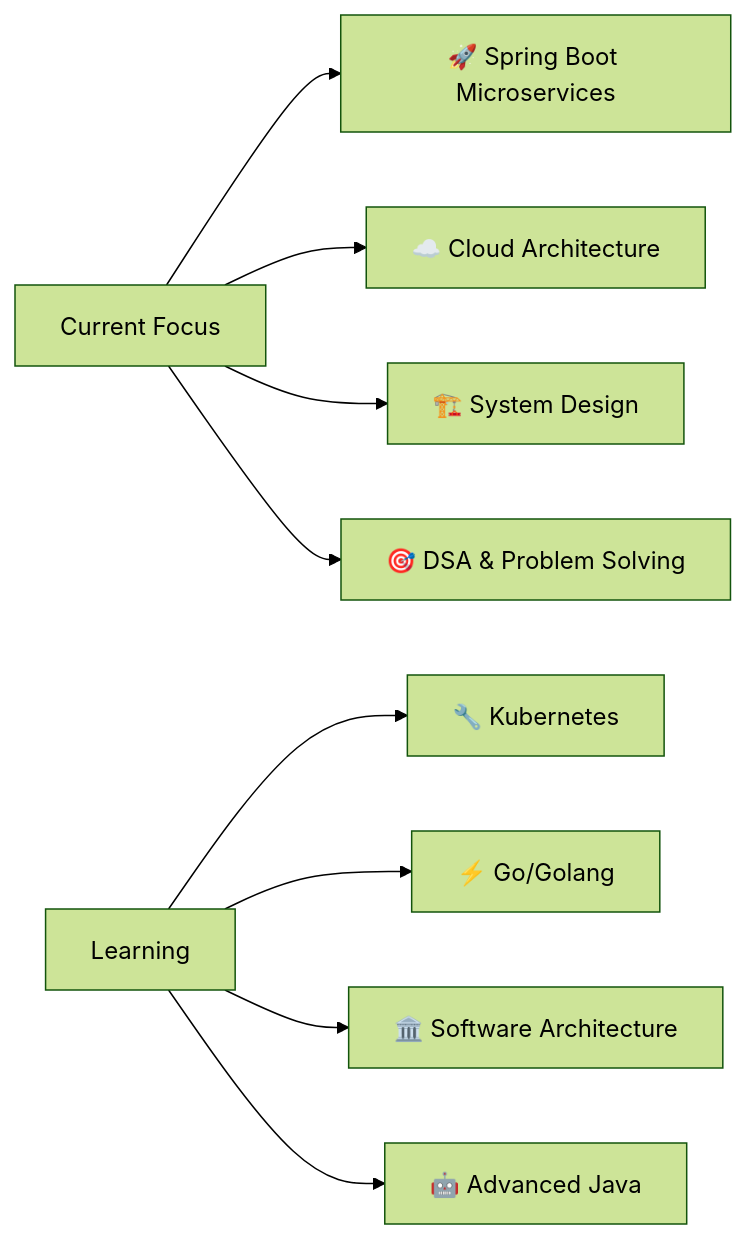
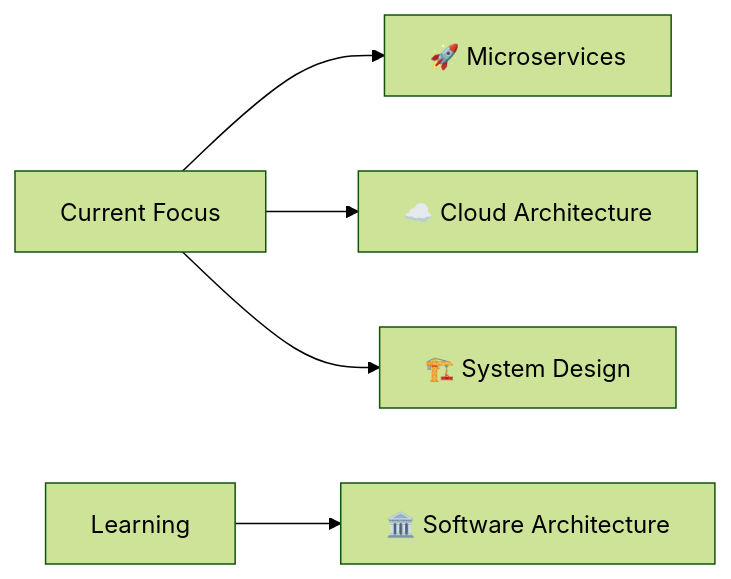
Before and after one commit to AlNomanCSE/AlNomanCSE: the diagram in README.md, drawn with Mermaid (forest theme). The commit also changed other lines of this file, not shown here.

Commit message:
Update current focus and LeetCode profile link

````diff
--- a/README.md
+++ b/README.md
@@ -187,12 +187,8 @@
 ```mermaid
 graph LR
-    A[Current Focus] --> B[🚀 Spring Boot Microservices]
+    A[Current Focus] --> B[🚀 Microservices]
     A --> C[☁️ Cloud Architecture]
     A --> D[🏗️ System Design]
-    A --> E[🎯 DSA & Problem Solving]
     
-    F[Learning] --> G[🔧 Kubernetes]
-    F --> H[⚡ Go/Golang]
-    F --> I[🏛️ Software Architecture]
-    F --> J[🤖 Advanced Java]
+    E[Learning] --> F[🏛️ Software Architecture]
 ```
````
